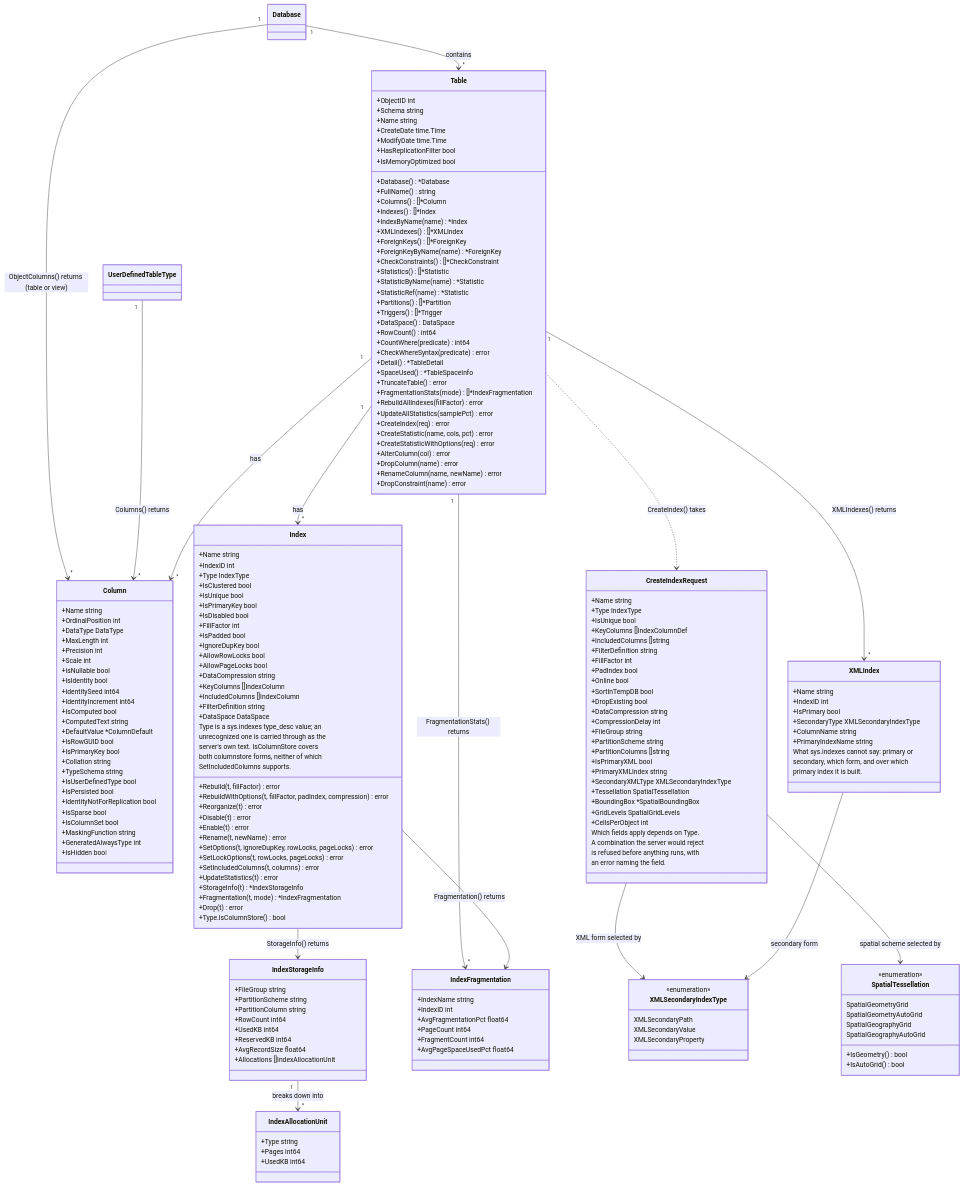
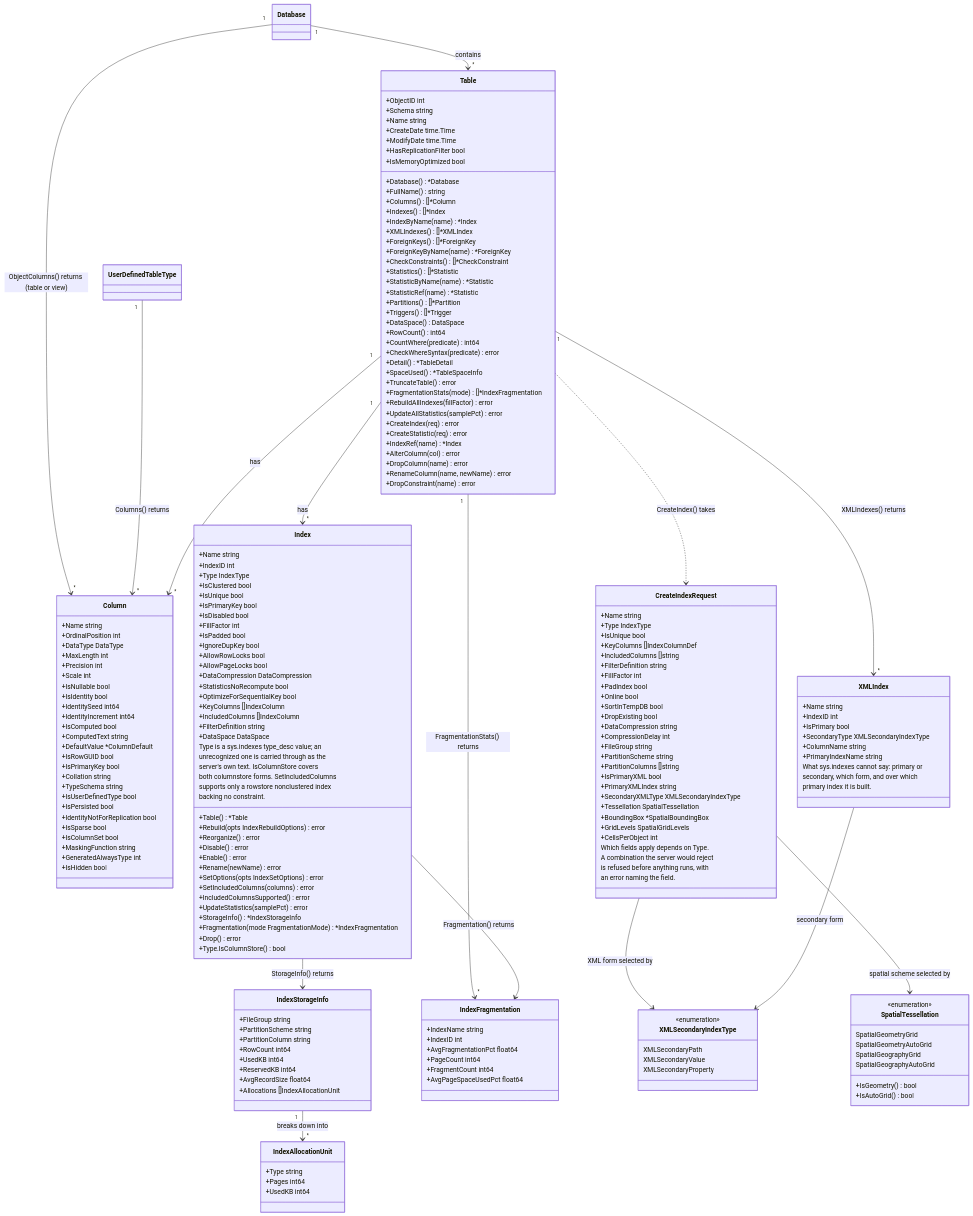
Before and after one commit to radix29/gosmo: the diagram in diagram/10-tables-and-indexes.mmd, drawn with Mermaid. The commit also changed 83 other files, not shown here.

First line of the commit message:
Add live tests for index options, write-path items, user mappings, and connection management

```diff
--- a/diagram/10-tables-and-indexes.mmd
+++ b/diagram/10-tables-and-indexes.mmd
@@ -37,8 +37,8 @@
         +RebuildAllIndexes(fillFactor) error
         +UpdateAllStatistics(samplePct) error
         +CreateIndex(req) error
-        +CreateStatistic(name, cols, pct) error
-        +CreateStatisticWithOptions(req) error
+        +CreateStatistic(req) error
+        +IndexRef(name) *Index
         +AlterColumn(col) error
         +DropColumn(name) error
         +RenameColumn(name, newName) error
@@ -86,30 +86,33 @@
         +IgnoreDupKey bool
         +AllowRowLocks bool
         +AllowPageLocks bool
-        +DataCompression string
+        +DataCompression DataCompression
+        +StatisticsNoRecompute bool
+        +OptimizeForSequentialKey bool
         +KeyColumns []IndexColumn
         +IncludedColumns []IndexColumn
         +FilterDefinition string
         +DataSpace DataSpace
-        +Rebuild(t, fillFactor) error
-        +RebuildWithOptions(t, fillFactor, padIndex, compression) error
-        +Reorganize(t) error
-        +Disable(t) error
-        +Enable(t) error
-        +Rename(t, newName) error
-        +SetOptions(t, ignoreDupKey, rowLocks, pageLocks) error
-        +SetLockOptions(t, rowLocks, pageLocks) error
-        +SetIncludedColumns(t, columns) error
-        +UpdateStatistics(t) error
-        +StorageInfo(t) *IndexStorageInfo
-        +Fragmentation(t, mode) *IndexFragmentation
-        +Drop(t) error
+        +Table() *Table
+        +Rebuild(opts IndexRebuildOptions) error
+        +Reorganize() error
+        +Disable() error
+        +Enable() error
+        +Rename(newName) error
+        +SetOptions(opts IndexSetOptions) error
+        +SetIncludedColumns(columns) error
+        +IncludedColumnsSupported() error
+        +UpdateStatistics(samplePct) error
+        +StorageInfo() *IndexStorageInfo
+        +Fragmentation(mode FragmentationMode) *IndexFragmentation
+        +Drop() error
         +Type.IsColumnStore() bool
         Type is a sys.indexes type_desc value; an
         unrecognized one is carried through as the
         server's own text. IsColumnStore covers
-        both columnstore forms, neither of which
-        SetIncludedColumns supports.
+        both columnstore forms. SetIncludedColumns
+        supports only a rowstore nonclustered index
+        backing no constraint.
     }
 
     class IndexStorageInfo {
```
